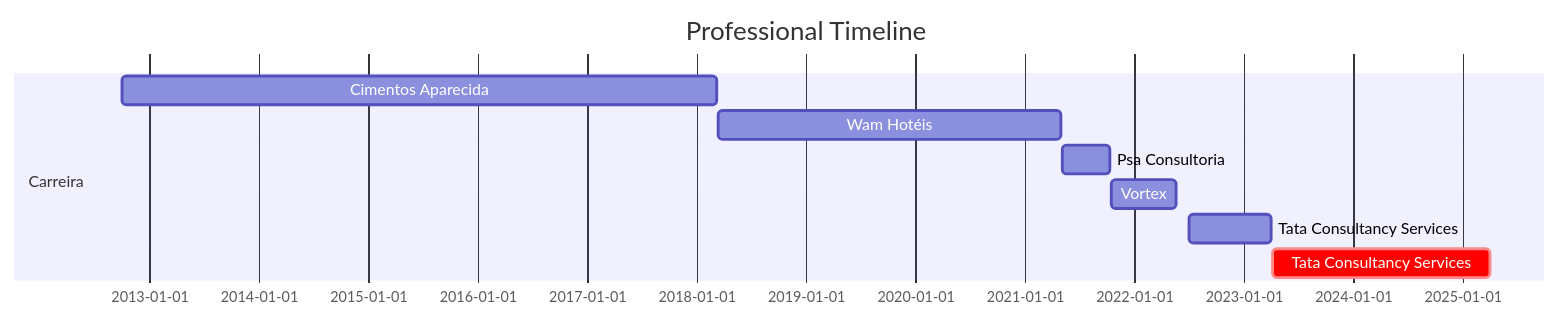
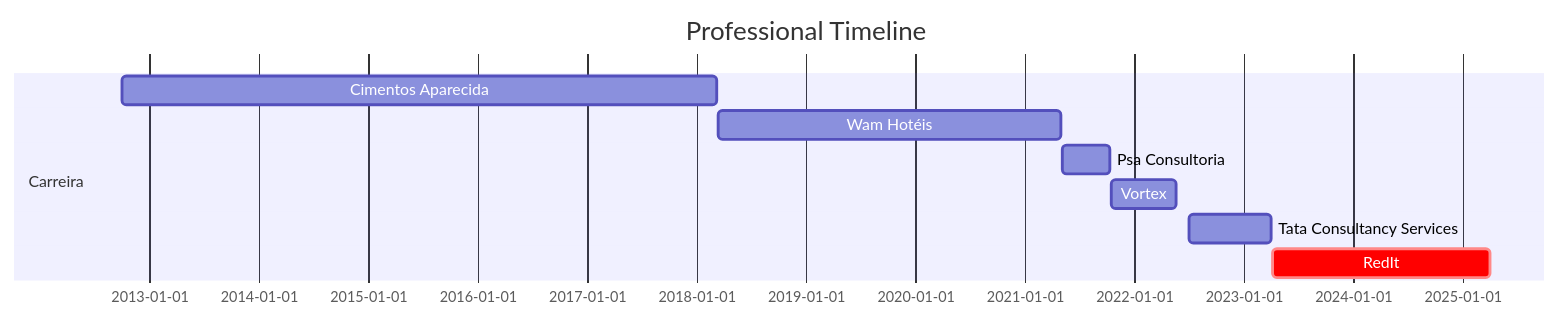
Before and after one commit to Robisonnunes/RobisonNunes: the diagram in README.md, drawn with Mermaid.

````diff
--- a/README.md
+++ b/README.md
@@ -15,14 +15,14 @@
 ```mermaid
 
 gantt
 dateFormat  YYYY-MM-DD
 title Professional Timeline
 
 section Carreira
 Cimentos Aparecida    :2012-10-01,2018-03-10
 Wam Hotéis            :2018-03-13,2021-04-30
 Psa Consultoria       :2021-05-03,2021-10-12
 Vortex                :2021-10-15,2022-05-19
 Tata Consultancy Services :2022-07-01,2023-04-01
-Tata Consultancy Services :crit,2023-04-06,2025-03-31
+RedIt :crit,2023-04-06,2025-03-31
 ```
````
